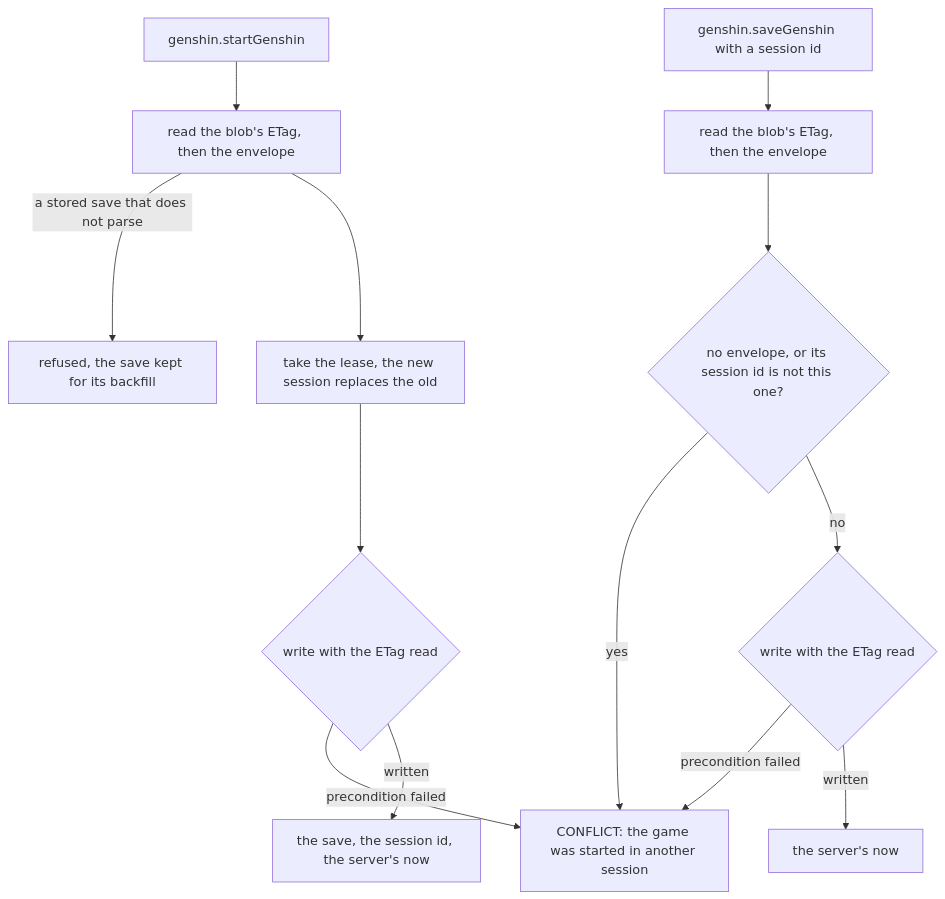
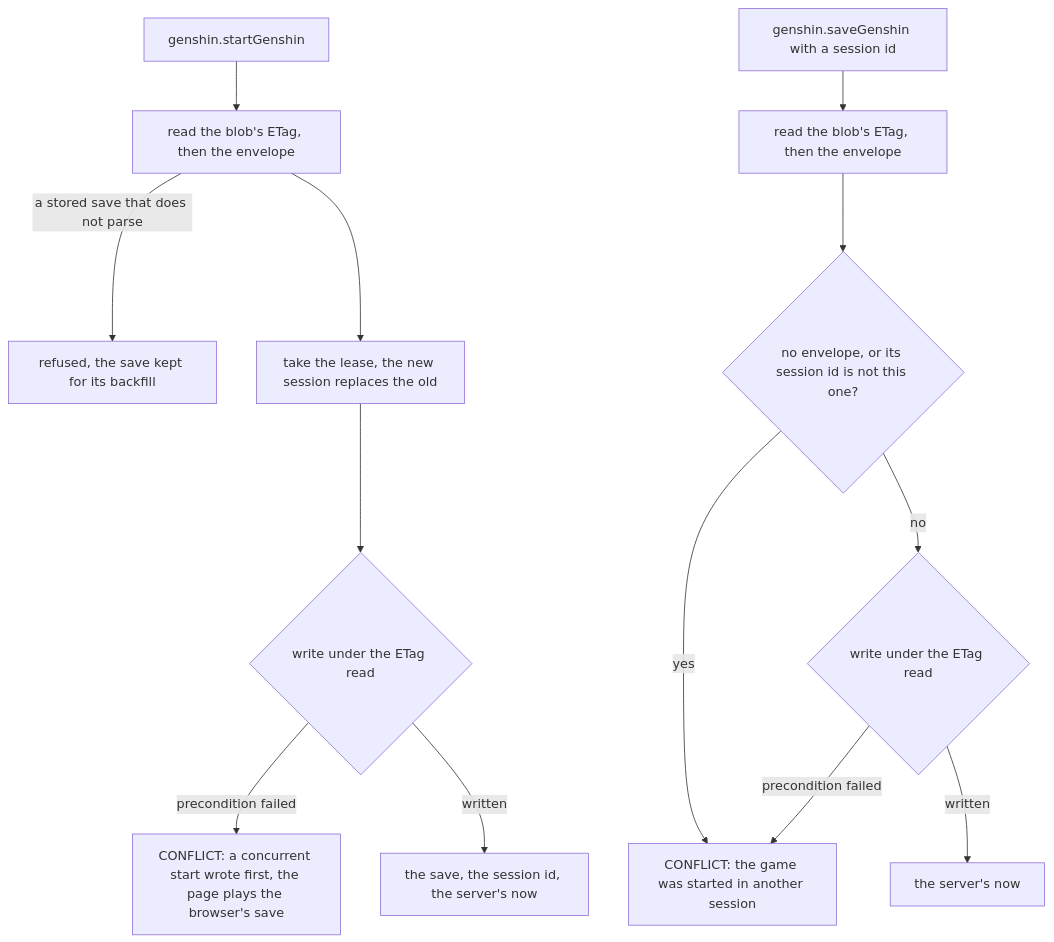
The first of 3 diagrams in apps/web/content/docs/genshin/save-data.md (Esposter/Esposter), drawn with Mermaid before and after one commit. The commit also changed other lines of this file and 7 other files, not shown here.

First line of the commit message:
docs(genshin): the save data as built covers the slices, the blob-state path that conditions every write on its ETag, and the bag's entries by item id; the proposal keeps the roster and the respawn timers

````diff
--- a/apps/web/content/docs/genshin/save-data.md
+++ b/apps/web/content/docs/genshin/save-data.md
@@ -12,15 +12,15 @@
 ```mermaid
 flowchart TD
   S["genshin.startGenshin"] --> R["read the blob's ETag, then the envelope"]
   R -->|"a stored save that does not parse"| F["refused, the save kept for its backfill"]
   R --> L["take the lease, the new session replaces the old"]
-  L --> W1{"write with the ETag read"}
-  W1 -->|"precondition failed"| E
+  L --> W1{"write under the ETag read"}
+  W1 -->|"precondition failed"| X["CONFLICT: a concurrent start wrote first, the page plays the browser's save"]
   W1 -->|"written"| O["the save, the session id, the server's now"]
   V["genshin.saveGenshin with a session id"] --> R2["read the blob's ETag, then the envelope"]
   R2 --> C{"no envelope, or its session id is not this one?"}
   C -->|"yes"| E["CONFLICT: the game was started in another session"]
-  C -->|"no"| W2{"write with the ETag read"}
+  C -->|"no"| W2{"write under the ETag read"}
   W2 -->|"precondition failed"| E
   W2 -->|"written"| N["the server's now"]
 ```
````
